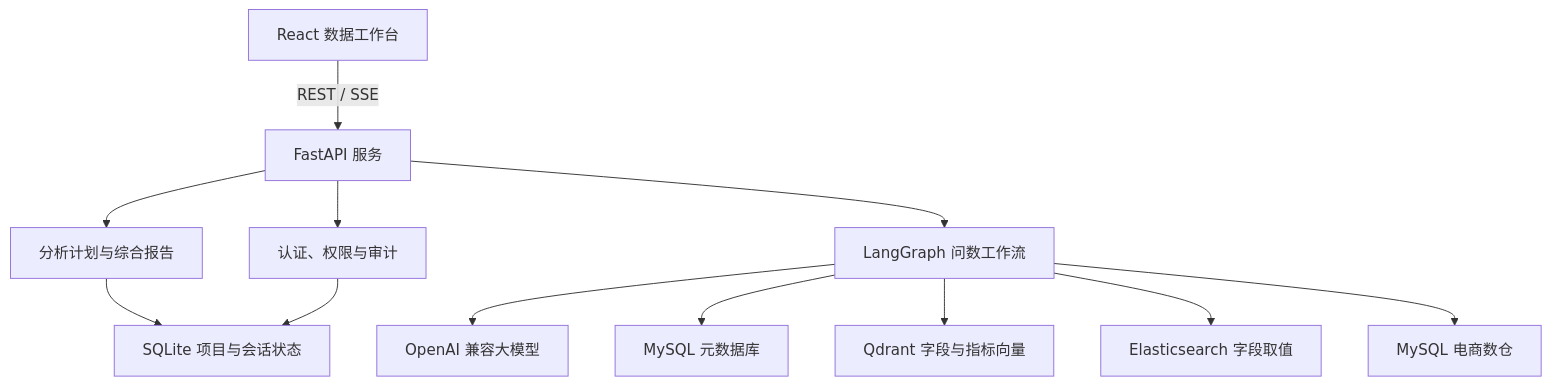
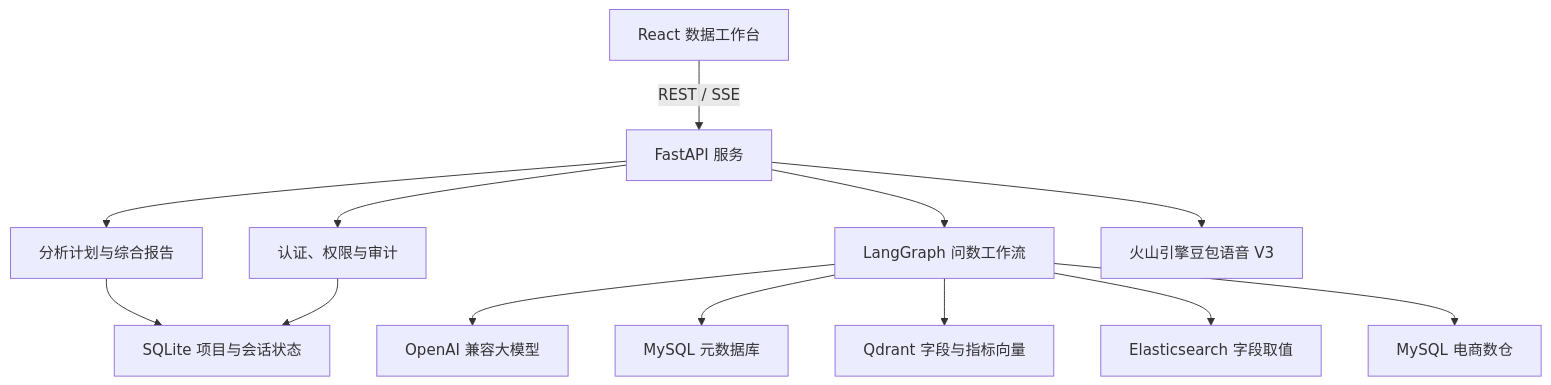
Before and after one commit to mjj90200-glitch/shoper-agent: the third of 3 diagrams in README.md, drawn with Mermaid. The commit also changed other lines of this file and 17 other files, not shown here.

````diff
--- a/README.md
+++ b/README.md
@@ -117,14 +119,15 @@
 ```mermaid
 flowchart TB
     UI[React 数据工作台] -->|REST / SSE| API[FastAPI 服务]
     API --> AUTH[认证、权限与审计]
     API --> PLAN[分析计划与综合报告]
     API --> GRAPH[LangGraph 问数工作流]
     GRAPH --> LLM[OpenAI 兼容大模型]
     GRAPH --> META[MySQL 元数据库]
     GRAPH --> VECTOR[Qdrant 字段与指标向量]
     GRAPH --> SEARCH[Elasticsearch 字段取值]
     GRAPH --> DW[MySQL 电商数仓]
+    API --> TTS[火山引擎豆包语音 V3]
     PLAN --> STATE[SQLite 项目与会话状态]
     AUTH --> STATE
 ```
````
